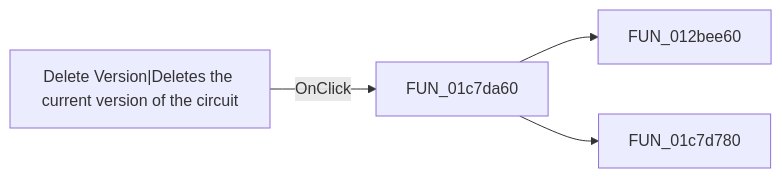
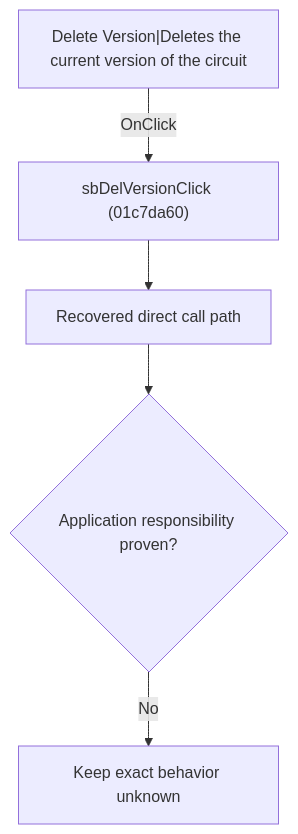
The diagram in docs/ui-controls/schematiceditor/sbdelversion-b8e9a87f14.md (MovGP0/TIARA), drawn with Mermaid before and after one commit. The commit also changed other lines of this file and 1062 other files, not shown here.

````diff
--- a/docs/ui-controls/schematiceditor/sbdelversion-b8e9a87f14.md
+++ b/docs/ui-controls/schematiceditor/sbdelversion-b8e9a87f14.md
@@ -27,6 +27,7 @@
 ```mermaid
-flowchart LR
-    control["Delete Version|Deletes the current version of the circuit"] -->|OnClick| handler["FUN_01c7da60"]
-    handler --> call1["FUN_012bee60"]
-    handler --> call2["FUN_01c7d780"]
+flowchart TD
+    control["Delete Version|Deletes the current version of the circuit"] -->|"OnClick"| handler["sbDelVersionClick (01c7da60)"]
+    handler --> recovered["Recovered direct call path"]
+    recovered --> gap{"Application responsibility proven?"}
+    gap -->|"No"| blocked["Keep exact behavior unknown"]
 ```
````
